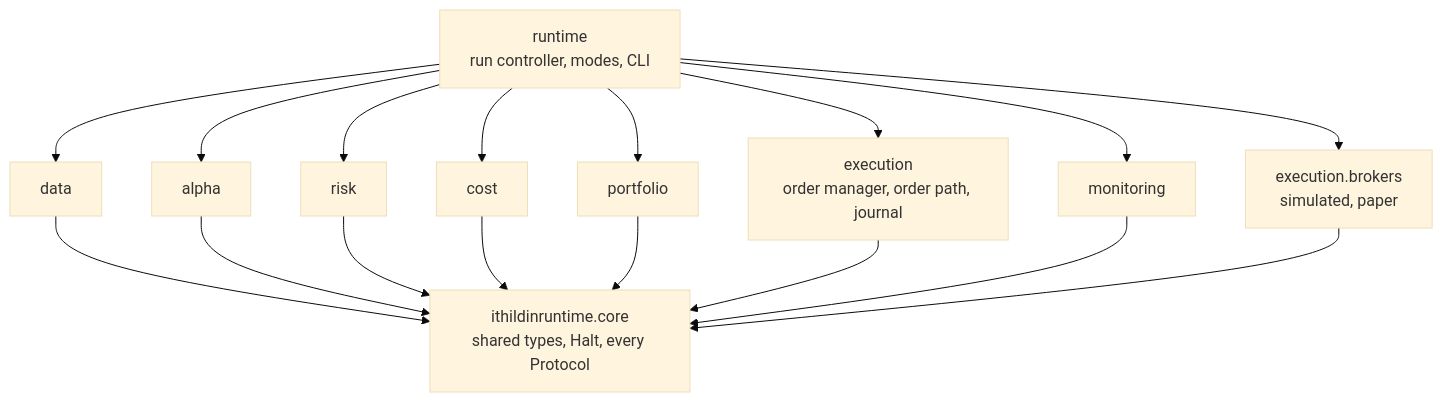
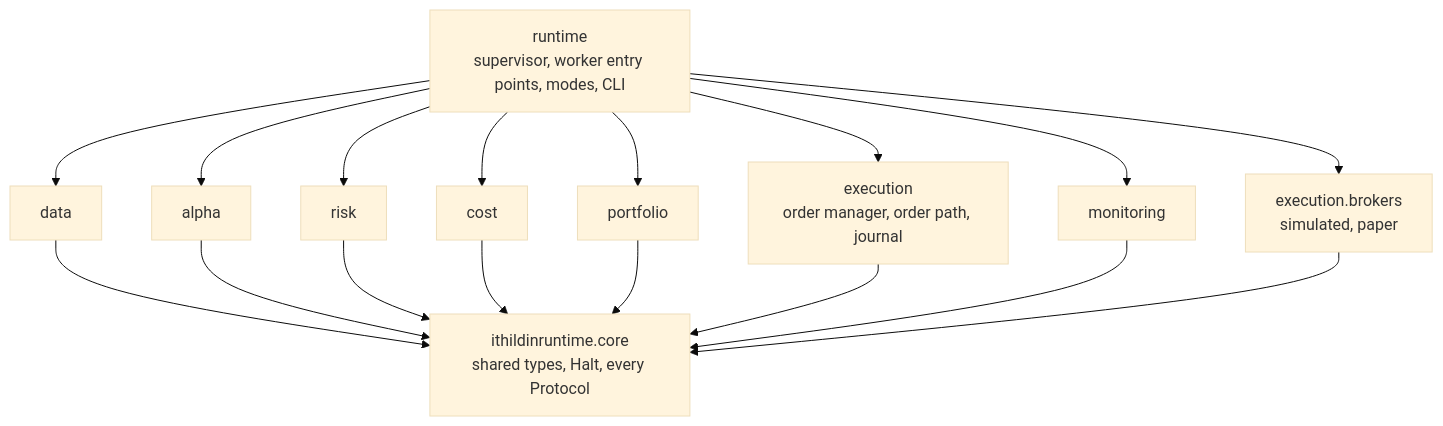
Diagram 16 of 16 in docs/architecture.md (l3a0/ithildin-runtime), drawn with Mermaid (base theme) before and after one commit. The commit also changed other lines of this file and 2 other files, not shown here.

First line of the commit message:
docs(architecture): run each module as its own worker, passing files

````diff
--- a/docs/architecture.md
+++ b/docs/architecture.md
@@ -1124,30 +1269,30 @@
 ```mermaid
 flowchart TB
     core["ithildinruntime.core<br/>shared types, Halt, every Protocol"]
     data["data"]
     alpha["alpha"]
     risk["risk"]
     cost["cost"]
     portfolio["portfolio"]
     execution["execution<br/>order manager, order path, journal"]
     brokers["execution.brokers<br/>simulated, paper"]
     monitoring["monitoring"]
-    runtime["runtime<br/>run controller, modes, CLI"]
+    runtime["runtime<br/>supervisor, worker entry points, modes, CLI"]
 
     data --> core
     alpha --> core
     risk --> core
     cost --> core
     portfolio --> core
     execution --> core
     monitoring --> core
     brokers --> core
     runtime --> data
     runtime --> alpha
     runtime --> risk
     runtime --> cost
     runtime --> portfolio
     runtime --> execution
     runtime --> brokers
     runtime --> monitoring
 ```
````
